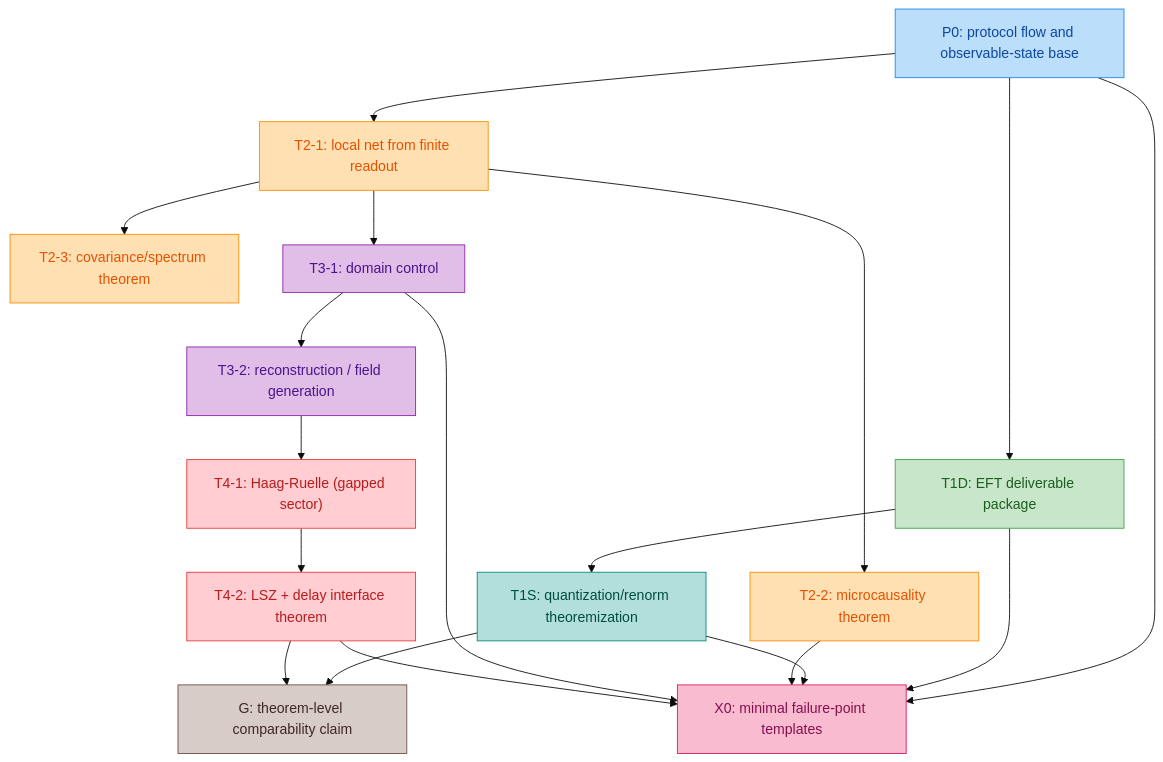
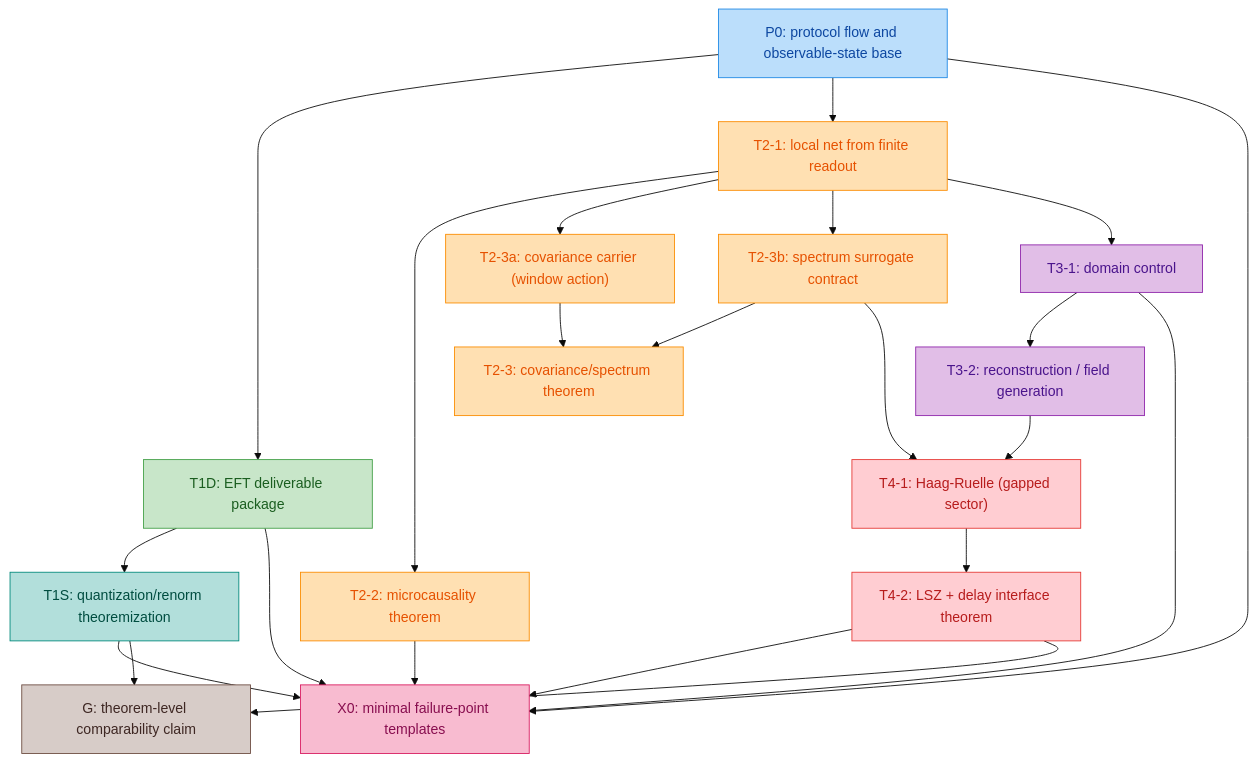
One commit to loning/the-omega changed the second of 2 diagrams in docs/papers/2025_z128_standard_model_stable_sector_hpa_omega/theory_closure_tracker.md. Above: the diagram before and after it, drawn with Mermaid (base theme). The commit also changed other lines of this file and 27 other files, not shown here.

````diff
--- a/docs/papers/2025_z128_standard_model_stable_sector_hpa_omega/theory_closure_tracker.md
+++ b/docs/papers/2025_z128_standard_model_stable_sector_hpa_omega/theory_closure_tracker.md
@@ -492,49 +499,53 @@
 ```mermaid
 flowchart TD
   %% Foundations
   P0["P0: protocol flow and observable-state base"] --> T1D["T1D: EFT deliverable package"]
   P0 --> T2A["T2-1: local net from finite readout"]
 
   %% EFT strong closure requires deliverables + quantization/renorm theoremization
   T1D --> T1S["T1S: quantization/renorm theoremization"]
 
   %% AQFT chain
   T2A --> T2B["T2-2: microcausality theorem"]
-  T2A --> T2C["T2-3: covariance/spectrum theorem"]
+  T2A --> T2Ccov["T2-3a: covariance carrier (window action)"]
+  T2A --> T2Cs["T2-3b: spectrum surrogate contract"]
+  T2Ccov --> T2C["T2-3: covariance/spectrum theorem"]
+  T2Cs --> T2C
 
   %% Bridge and scattering
   T2A --> T3A["T3-1: domain control"]
   T3A --> T3B["T3-2: reconstruction / field generation"]
   T3B --> T4A["T4-1: Haag-Ruelle (gapped sector)"]
+  T2Cs --> T4A
   T4A --> T4B["T4-2: LSZ + delay interface theorem"]
 
   %% Cross-cutting failure-point normalization
   P0 --> X0["X0: minimal failure-point templates"]
   T1D --> X0
   T1S --> X0
   T2B --> X0
   T3A --> X0
   T4B --> X0
 
   %% Milestone for "SM-equivalence"-style claims (requires both EFT-strong and scattering chain)
   T1S --> G["G: theorem-level comparability claim"]
   T4B --> G
 
   classDef p fill:#BBDEFB,stroke:#1E88E5,color:#0D47A1;
   classDef d fill:#C8E6C9,stroke:#43A047,color:#1B5E20;
   classDef s fill:#B2DFDB,stroke:#00897B,color:#004D40;
   classDef t2 fill:#FFE0B2,stroke:#FB8C00,color:#E65100;
   classDef t3 fill:#E1BEE7,stroke:#8E24AA,color:#4A148C;
   classDef t4 fill:#FFCDD2,stroke:#E53935,color:#B71C1C;
   classDef x fill:#F8BBD0,stroke:#D81B60,color:#880E4F;
   classDef g fill:#D7CCC8,stroke:#6D4C41,color:#3E2723;
 
   class P0 p;
   class T1D d;
   class T1S s;
-  class T2A,T2B,T2C t2;
+  class T2A,T2B,T2C,T2Ccov,T2Cs t2;
   class T3A,T3B t3;
   class T4A,T4B t4;
   class X0 x;
   class G g;
 ```
````
